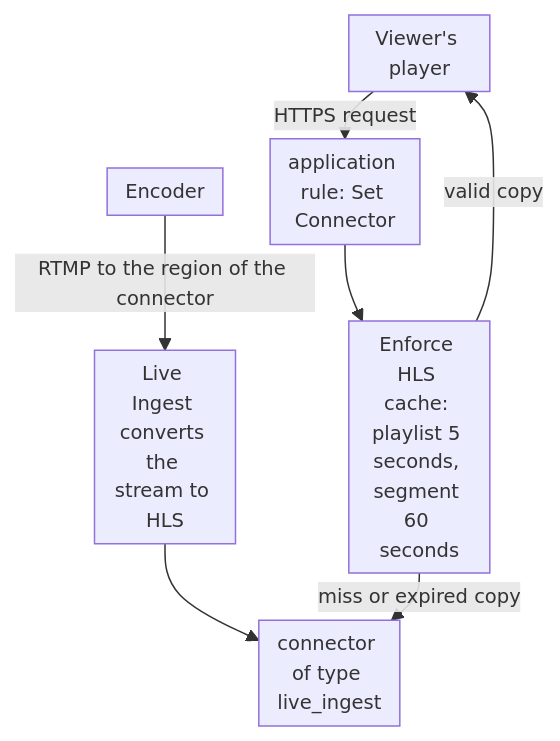
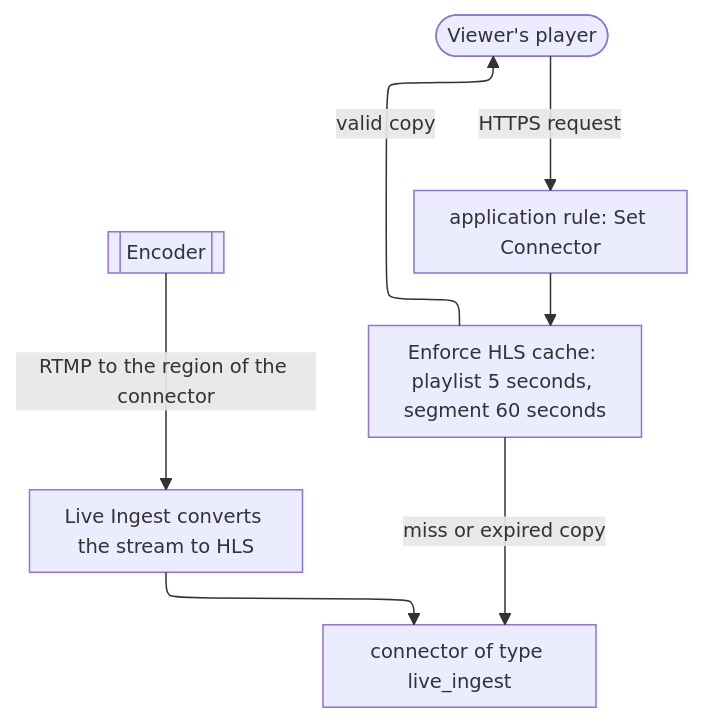
One commit to aziontech/docs changed the diagram in apps/docs/src/content/docs/en/pages/guides/streaming/deliver-a-live-stream-from-live-ingest.mdx. Above: the diagram before and after it, drawn with Mermaid. The commit also changed 179 other files, not shown here.

Commit message:
docs(diagrams): redraw every other diagram in the use-case diagram style (#2513)

````diff
--- a/apps/docs/src/content/docs/en/pages/guides/streaming/deliver-a-live-stream-from-live-ingest.mdx
+++ b/apps/docs/src/content/docs/en/pages/guides/streaming/deliver-a-live-stream-from-live-ingest.mdx
@@ -21,10 +21,10 @@
 ```mermaid
-%%{init: {"layout": "dagre", "themeVariables": {"fontSize": "13px"}, "flowchart": {"nodeSpacing": 12, "rankSpacing": 12, "padding": 6, "wrappingWidth": 70, "minNodeWidth": 40, "useMaxWidth": true}}}%%
+%%{init: {"layout": "elk", "elk": {"cycleBreakingStrategy": "MODEL_ORDER"}, "themeVariables": {"fontSize": "13px"}, "flowchart": {"nodeSpacing": 24, "rankSpacing": 36, "padding": 8, "wrappingWidth": 150, "useMaxWidth": true}, "sequence": {"width": 120, "actorMargin": 30, "useMaxWidth": true}}}%%
 flowchart TD
-  Encoder["Encoder"] -->|"RTMP to the region of the connector"| LI["Live Ingest converts the stream to HLS"]
+  Encoder[["Encoder"]] -->|"RTMP to the region of the connector"| LI["Live Ingest converts the stream to HLS"]
   LI --> Connector["connector of type live_ingest"]
-  Player["Viewer's player"] -->|"HTTPS request"| Rule["application rule: Set Connector"]
+  Player(["Viewer's player"]) -->|"HTTPS request"| Rule["application rule: Set Connector"]
   Rule --> Cache["Enforce HLS cache: playlist 5 seconds, segment 60 seconds"]
   Cache -->|"miss or expired copy"| Connector
   Cache -->|"valid copy"| Player
 ```
````
